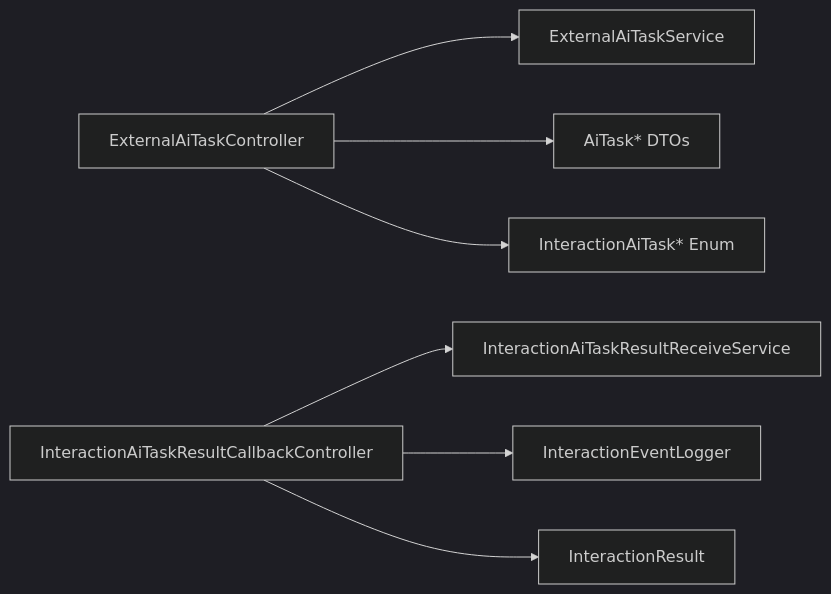
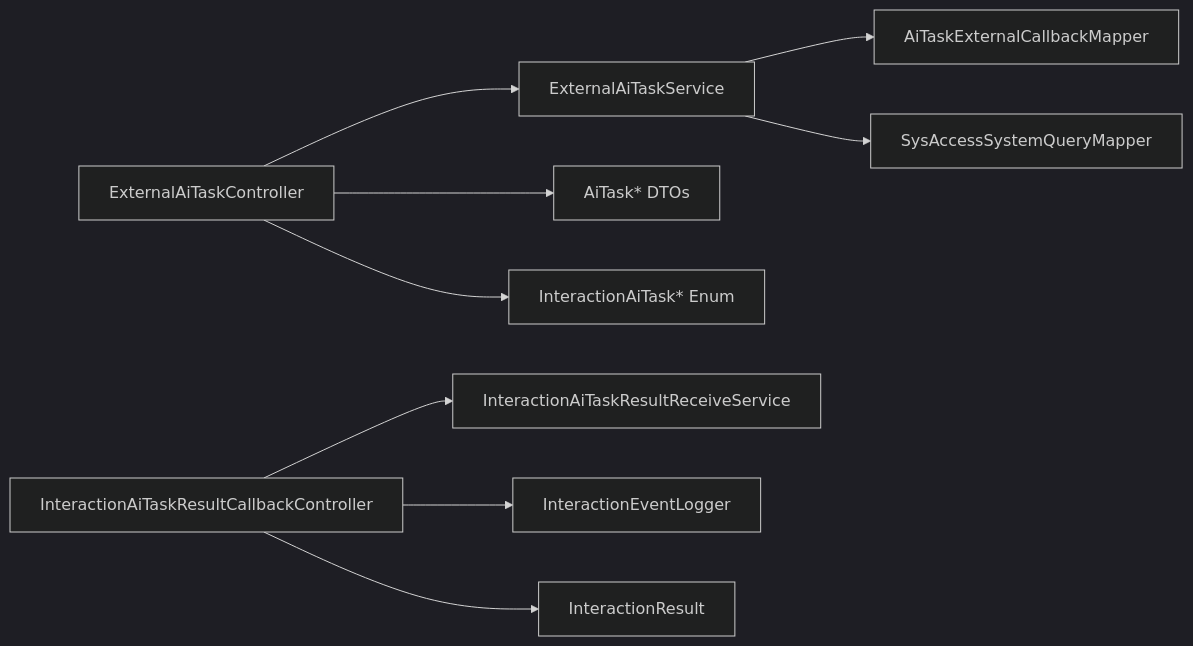
The eighth of 8 diagrams in .qoder/repowiki/zh/content/API接口文档/外部系统集成API/外部AI任务API.md (DrunkFood/First), drawn with Mermaid (dark theme) before and after one commit. The commit also changed other lines of this file and 66 other files, not shown here.

````diff
--- a/.qoder/repowiki/zh/content/API接口文档/外部系统集成API/外部AI任务API.md
+++ b/.qoder/repowiki/zh/content/API接口文档/外部系统集成API/外部AI任务API.md
@@ -323,9 +352,11 @@
 ```mermaid
 graph LR
 Controller["ExternalAiTaskController"] --> Service["ExternalAiTaskService"]
 Controller --> DTOs["AiTask* DTOs"]
 Controller --> Enums["InteractionAiTask* Enum"]
+Service --> CallbackMapper["AiTaskExternalCallbackMapper"]
+Service --> AccessSystemMapper["SysAccessSystemQueryMapper"]
 CallbackCtrl["InteractionAiTaskResultCallbackController"] --> SPI["InteractionAiTaskResultReceiveService"]
 CallbackCtrl --> EventLog["InteractionEventLogger"]
 CallbackCtrl --> IR["InteractionResult"]
 ```
````
